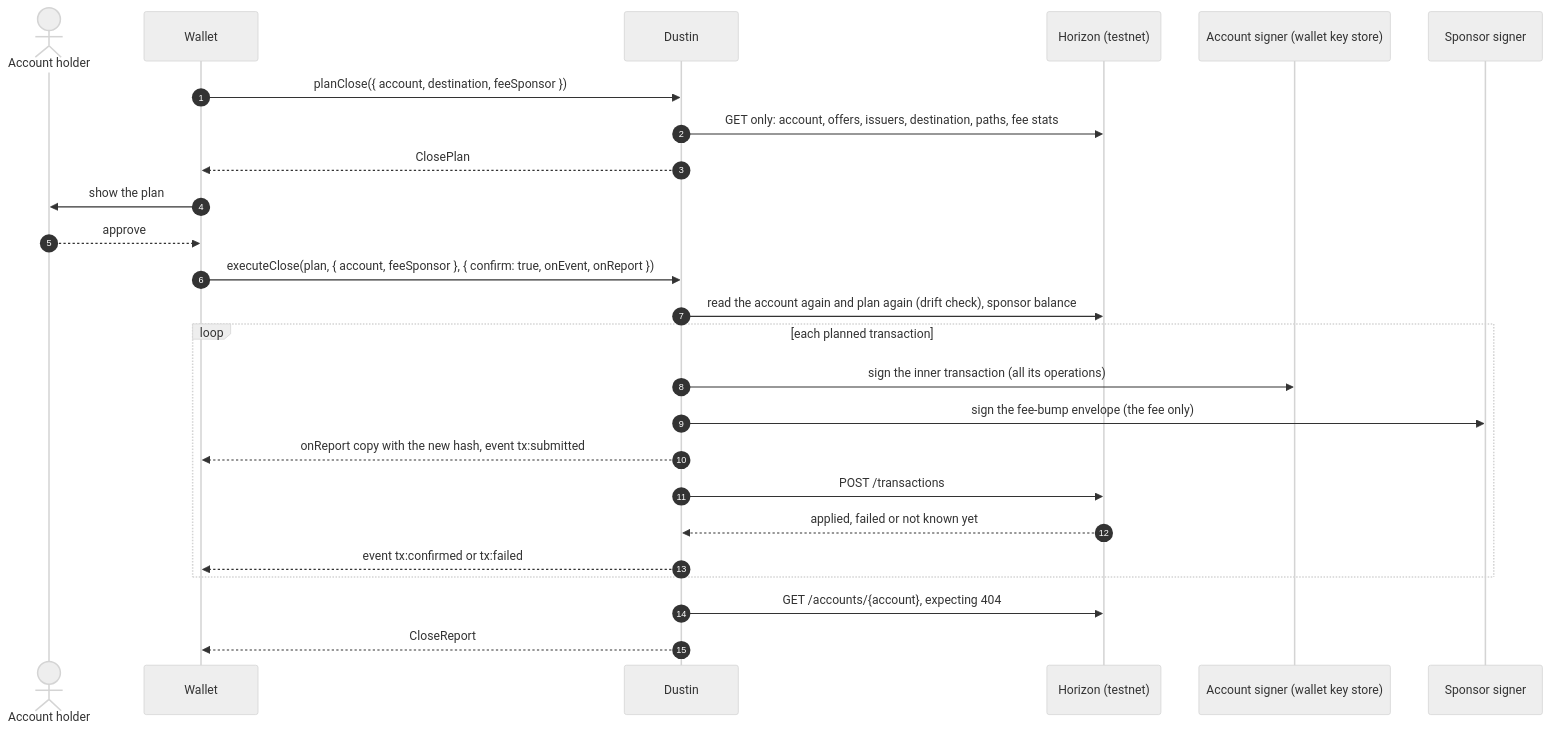
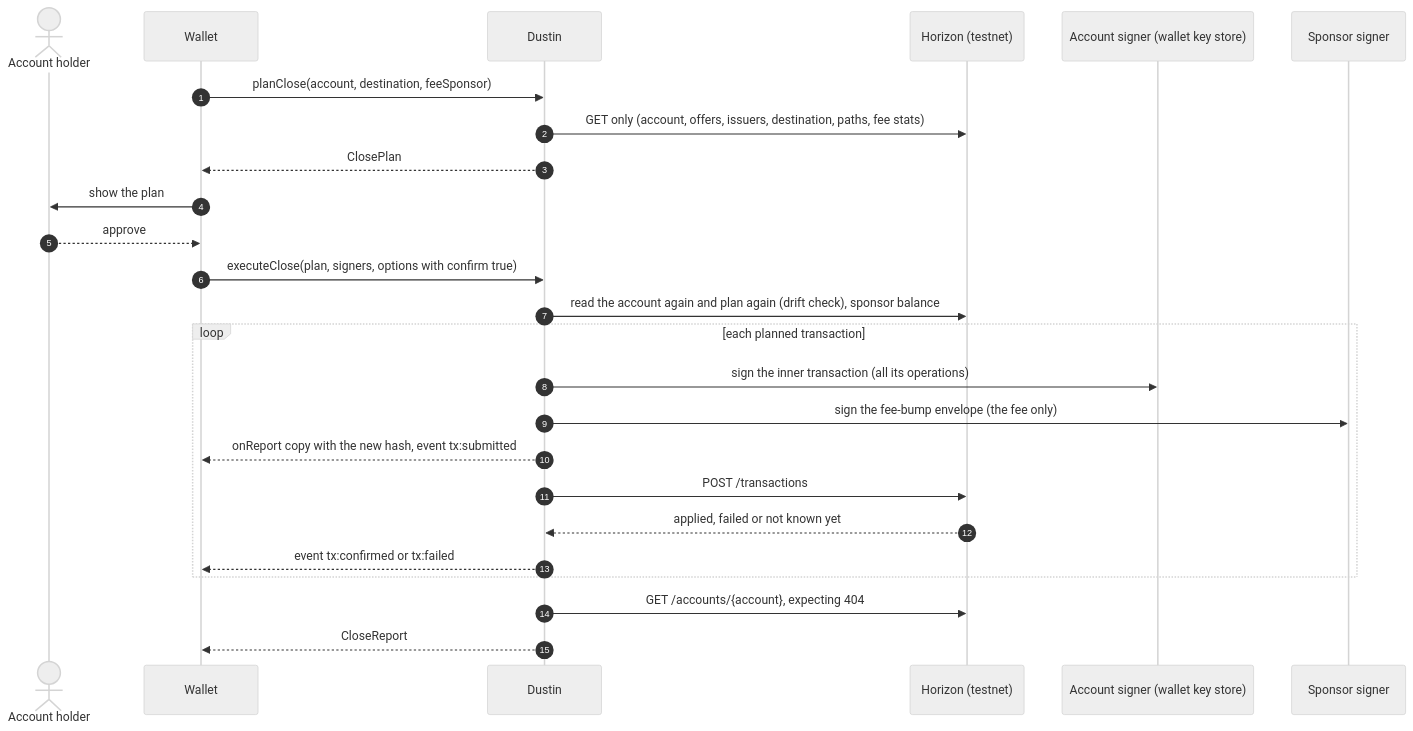
Before and after one commit to 0xsimoneth/dustin: the diagram in docs/integration-notes.md, drawn with Mermaid (neutral theme). The commit also changed 1 other file, not shown here.

Commit message:
Docs: write-up and integration notes, Mermaid labels quoted and two wording fixes

````diff
--- a/docs/integration-notes.md
+++ b/docs/integration-notes.md
@@ -28,27 +28,27 @@
 ```mermaid
 sequenceDiagram
   autonumber
   actor U as Account holder
   participant W as Wallet
   participant D as Dustin
   participant H as Horizon (testnet)
   participant A as Account signer (wallet key store)
   participant S as Sponsor signer
-  W->>D: planClose({ account, destination, feeSponsor })
-  D->>H: GET only: account, offers, issuers, destination, paths, fee stats
+  W->>D: planClose(account, destination, feeSponsor)
+  D->>H: GET only (account, offers, issuers, destination, paths, fee stats)
   D-->>W: ClosePlan
   W->>U: show the plan
   U-->>W: approve
-  W->>D: executeClose(plan, { account, feeSponsor }, { confirm: true, onEvent, onReport })
+  W->>D: executeClose(plan, signers, options with confirm true)
   D->>H: read the account again and plan again (drift check), sponsor balance
   loop each planned transaction
     D->>A: sign the inner transaction (all its operations)
     D->>S: sign the fee-bump envelope (the fee only)
     D-->>W: onReport copy with the new hash, event tx:submitted
     D->>H: POST /transactions
     H-->>D: applied, failed or not known yet
     D-->>W: event tx:confirmed or tx:failed
   end
   D->>H: GET /accounts/{account}, expecting 404
   D-->>W: CloseReport
 ```
````
